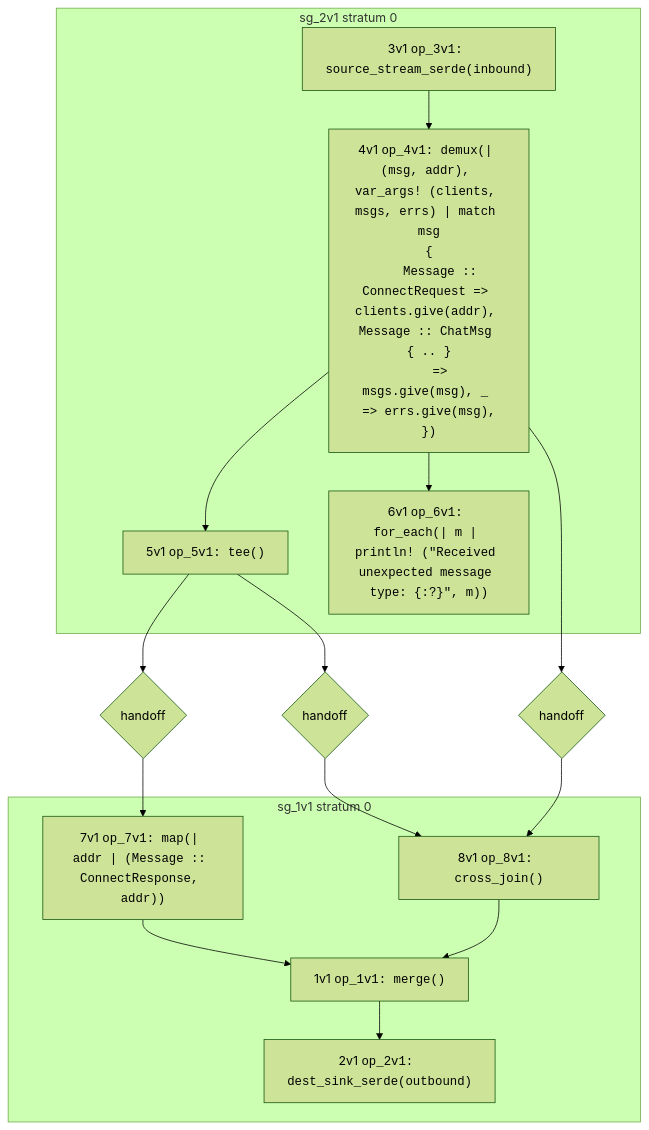
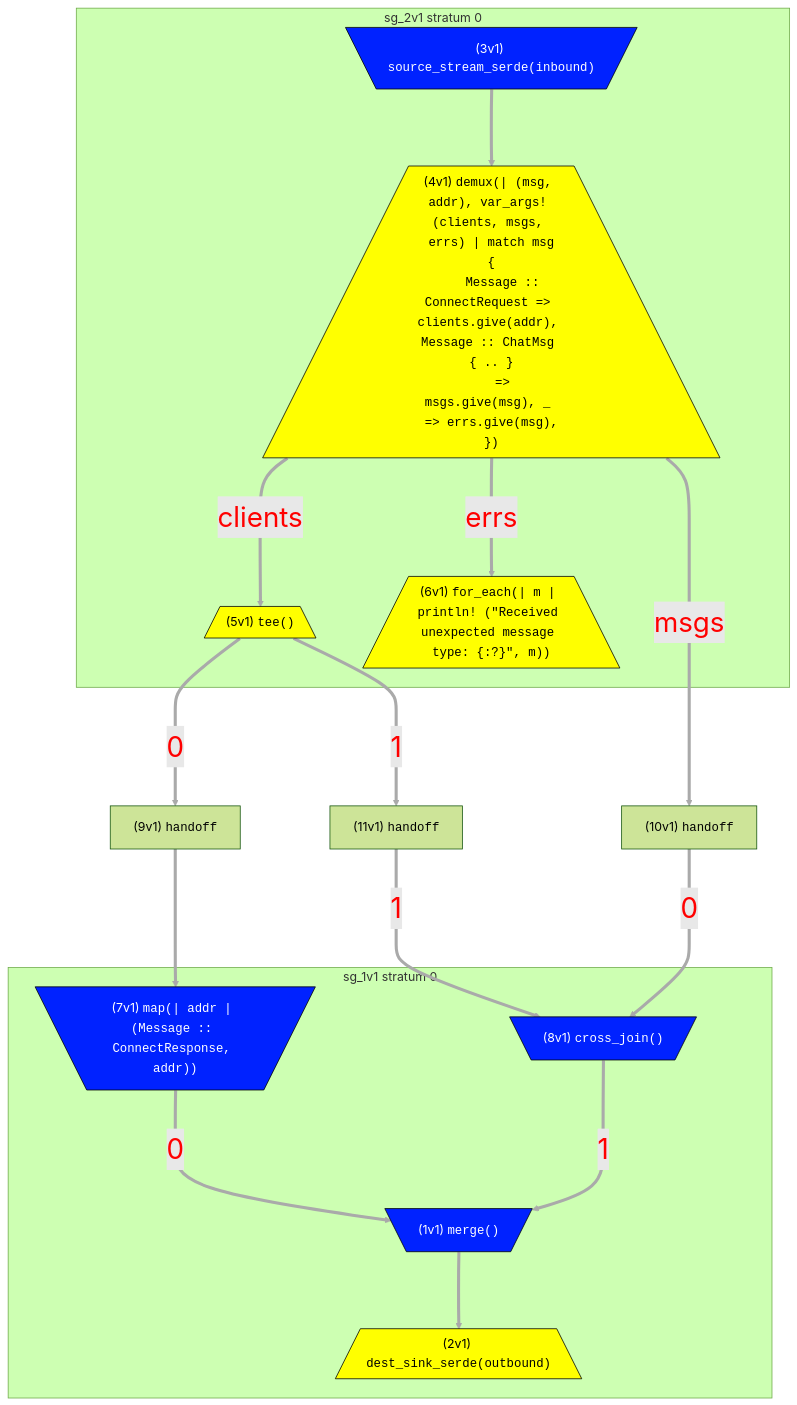
One commit to nickjiang2378/hydroflow changed the first of 2 diagrams in book/example_8_chat_server.md. Above: the diagram before and after it, drawn with Mermaid (forest theme). The commit also changed other lines of this file and 13 other files, not shown here.

Commit message:
update mermaid diagrams in book (#322)

````diff
--- a/book/example_8_chat_server.md
+++ b/book/example_8_chat_server.md
@@ -194,32 +194,33 @@
 ```mermaid
-flowchart TB
-    subgraph "sg_1v1 stratum 0"
-        7v1["7v1 <tt>op_7v1: map(| addr | (Message :: ConnectResponse, addr))</tt>"]
-        8v1["8v1 <tt>op_8v1: cross_join()</tt>"]
-        1v1["1v1 <tt>op_1v1: merge()</tt>"]
-        2v1["2v1 <tt>op_2v1: dest_sink_serde(outbound)</tt>"]
-    end
-    subgraph "sg_2v1 stratum 0"
-        3v1["3v1 <tt>op_3v1: source_stream_serde(inbound)</tt>"]
-        4v1["4v1 <tt>op_4v1: demux(| (msg, addr), var_args! (clients, msgs, errs) | match msg<br>{<br>    Message :: ConnectRequest =&gt; clients.give(addr), Message :: ChatMsg { .. }<br>    =&gt; msgs.give(msg), _ =&gt; errs.give(msg),<br>})</tt>"]
-        5v1["5v1 <tt>op_5v1: tee()</tt>"]
-        6v1["6v1 <tt>op_6v1: for_each(| m | println! (&quot;Received unexpected message type: {:?}&quot;, m))</tt>"]
-    end
-
-    9v1{"handoff"}
-    10v1{"handoff"}
-    11v1{"handoff"}
-
-    1v1-->2v1
-    3v1-->4v1
-    4v1-->5v1
-    4v1-->6v1
-    4v1-->10v1
-    5v1-->9v1
-    5v1-->11v1
-    7v1-->1v1
-    8v1-->1v1
-    9v1-->7v1
-    10v1-->8v1
-    11v1-->8v1
+flowchart TD
+classDef pullClass fill:#02f,color:#fff,stroke:#000
+classDef pushClass fill:#ff0,stroke:#000
+linkStyle default stroke:#aaa,stroke-width:4px,color:red,font-size:1.5em;
+subgraph "sg_1v1 stratum 0"
+    7v1[\"(7v1) <tt>map(| addr | (Message :: ConnectResponse, addr))</tt>"/]:::pullClass
+    8v1[\"(8v1) <tt>cross_join()</tt>"/]:::pullClass
+    1v1[\"(1v1) <tt>merge()</tt>"/]:::pullClass
+    2v1[/"(2v1) <tt>dest_sink_serde(outbound)</tt>"\]:::pushClass
+    7v1--0--->1v1
+    8v1--1--->1v1
+    1v1--->2v1
+end
+subgraph "sg_2v1 stratum 0"
+    3v1[\"(3v1) <tt>source_stream_serde(inbound)</tt>"/]:::pullClass
+    4v1[/"(4v1) <tt>demux(| (msg, addr), var_args! (clients, msgs, errs) | match msg<br>{<br>    Message :: ConnectRequest =&gt; clients.give(addr), Message :: ChatMsg { .. }<br>    =&gt; msgs.give(msg), _ =&gt; errs.give(msg),<br>})</tt>"\]:::pushClass
+    5v1[/"(5v1) <tt>tee()</tt>"\]:::pushClass
+    6v1[/"(6v1) <tt>for_each(| m | println! (&quot;Received unexpected message type: {:?}&quot;, m))</tt>"\]:::pushClass
+    3v1--->4v1
+    4v1--clients--->5v1
+    4v1--errs--->6v1
+end
+4v1--msgs--->10v1
+5v1--0--->9v1
+5v1--1--->11v1
+9v1["(9v1) <tt>handoff</tt>"]:::otherClass
+9v1--->7v1
+10v1["(10v1) <tt>handoff</tt>"]:::otherClass
+10v1--0--->8v1
+11v1["(11v1) <tt>handoff</tt>"]:::otherClass
+11v1--1--->8v1
 ```
````
